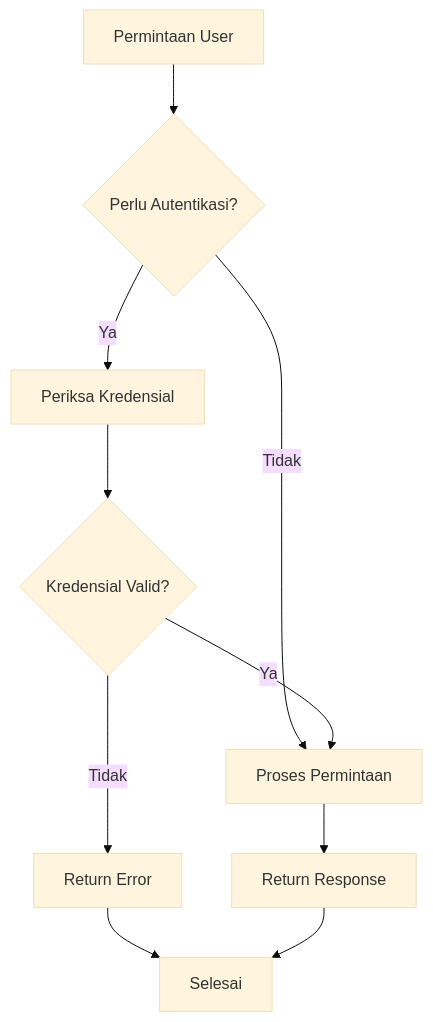
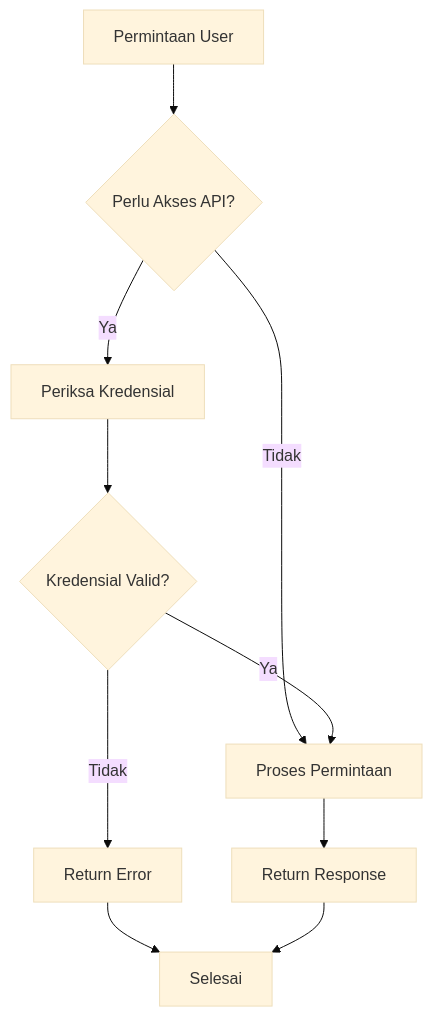
The second of 8 diagrams in flowcharts.mdx (alsyauqi/docs), drawn with Mermaid (base theme) before and after one commit. The commit also changed other lines of this file, not shown here.

````diff
--- a/flowcharts.mdx
+++ b/flowcharts.mdx
@@ -36,12 +37,12 @@
 ```mermaid
 flowchart TD
-    A[Permintaan User] --> B{Perlu Autentikasi?}
+    A[Permintaan User] --> B{Perlu Akses API?}
     B -->|Ya| C[Periksa Kredensial]
     B -->|Tidak| F[Proses Permintaan]
     C --> D{Kredensial Valid?}
     D -->|Ya| F[Proses Permintaan]
     D -->|Tidak| E[Return Error]
     F --> G[Return Response]
     E --> H[Selesai]
     G --> H[Selesai]
 ```
````
